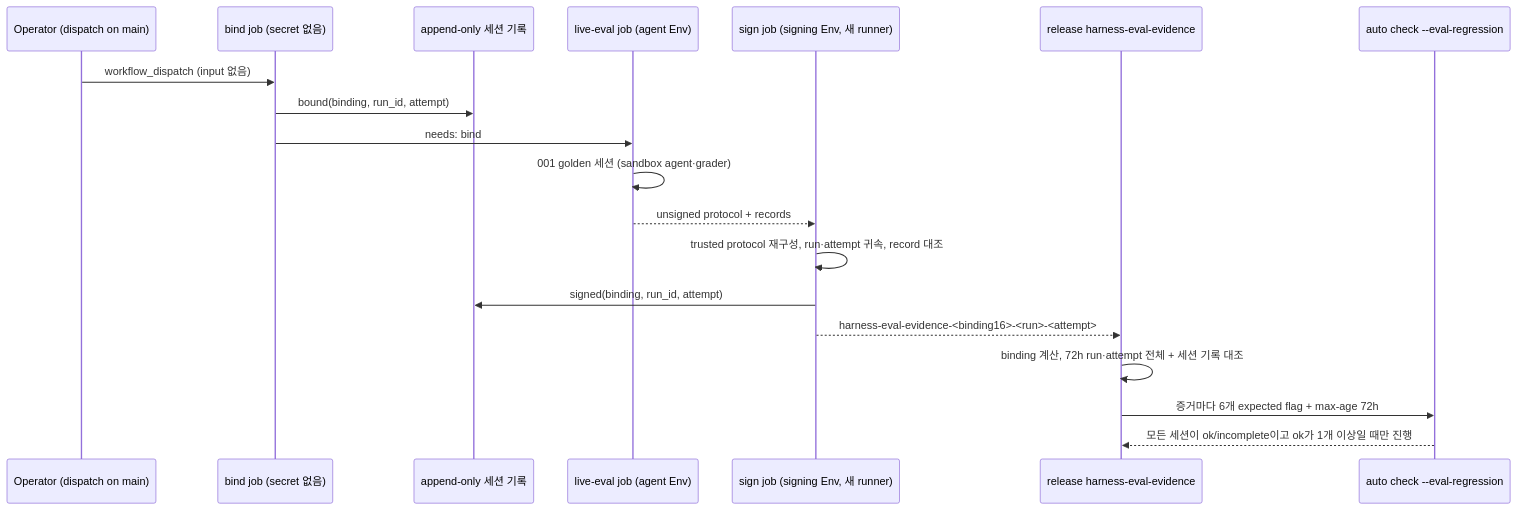
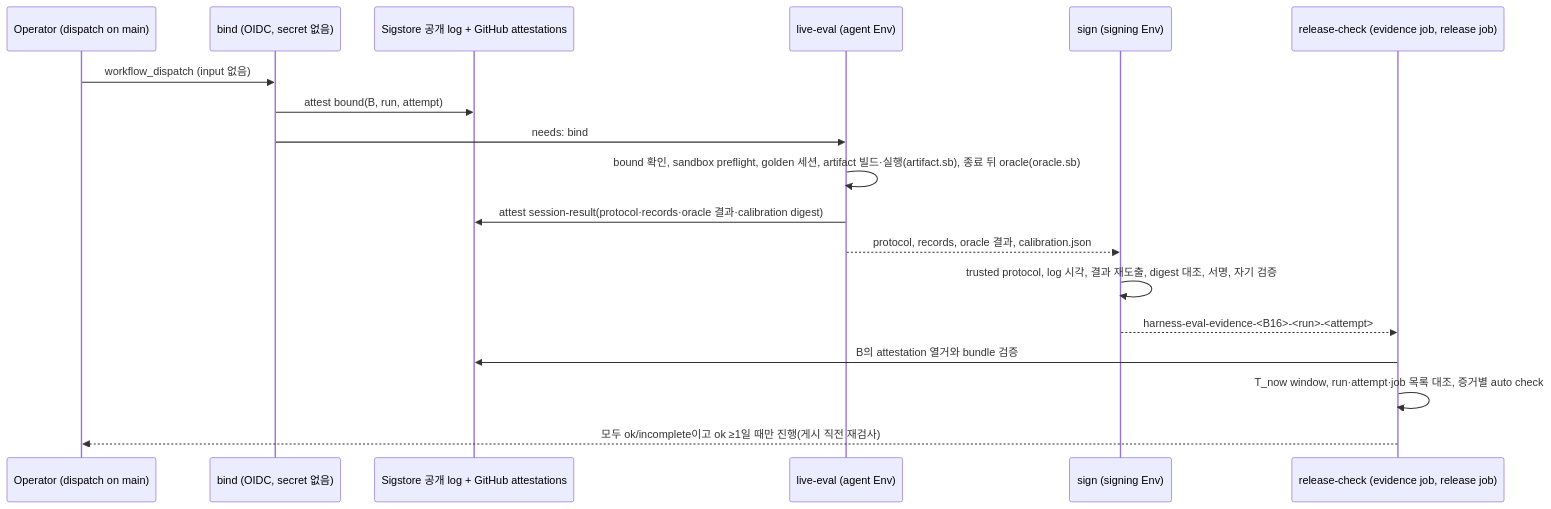
One commit to autopus-ai/autopus-adk changed the diagram in .autopus/specs/SPEC-HARNEVAL-003/plan.md. Above: the diagram before and after it, drawn with Mermaid. The commit also changed other lines of this file and 15 other files, not shown here.

````diff
--- a/.autopus/specs/SPEC-HARNEVAL-003/plan.md
+++ b/.autopus/specs/SPEC-HARNEVAL-003/plan.md
@@ -30,21 +34,20 @@
 ```mermaid
 sequenceDiagram
   participant Op as Operator (dispatch on main)
-  participant BD as bind job (secret 없음)
-  participant LOG as append-only 세션 기록
-  participant LE as live-eval job (agent Env)
-  participant SG as sign job (signing Env, 새 runner)
-  participant RL as release harness-eval-evidence
-  participant CK as auto check --eval-regression
+  participant BD as bind (OIDC, secret 없음)
+  participant TL as Sigstore 공개 log + GitHub attestations
+  participant LE as live-eval (agent Env)
+  participant SG as sign (signing Env)
+  participant RL as release-check (evidence job, release job)
   Op->>BD: workflow_dispatch (input 없음)
-  BD->>LOG: bound(binding, run_id, attempt)
+  BD->>TL: attest bound(B, run, attempt)
   BD->>LE: needs: bind
-  LE->>LE: 001 golden 세션 (sandbox agent·grader)
-  LE-->>SG: unsigned protocol + records
-  SG->>SG: trusted protocol 재구성, run·attempt 귀속, record 대조
-  SG->>LOG: signed(binding, run_id, attempt)
-  SG-->>RL: harness-eval-evidence-<binding16>-<run>-<attempt>
-  RL->>RL: binding 계산, 72h run·attempt 전체 + 세션 기록 대조
-  RL->>CK: 증거마다 6개 expected flag + max-age 72h
-  CK-->>RL: 모든 세션이 ok/incomplete이고 ok가 1개 이상일 때만 진행
+  LE->>LE: bound 확인, sandbox preflight, golden 세션, artifact 빌드·실행(artifact.sb), 종료 뒤 oracle(oracle.sb)
+  LE->>TL: attest session-result(protocol·records·oracle 결과·calibration digest)
+  LE-->>SG: protocol, records, oracle 결과, calibration.json
+  SG->>SG: trusted protocol, log 시각, 결과 재도출, digest 대조, 서명, 자기 검증
+  SG-->>RL: harness-eval-evidence-<B16>-<run>-<attempt>
+  RL->>TL: B의 attestation 열거와 bundle 검증
+  RL->>RL: T_now window, run·attempt·job 목록 대조, 증거별 auto check
+  RL-->>Op: 모두 ok/incomplete이고 ok ≥1일 때만 진행(게시 직전 재검사)
 ```
````
